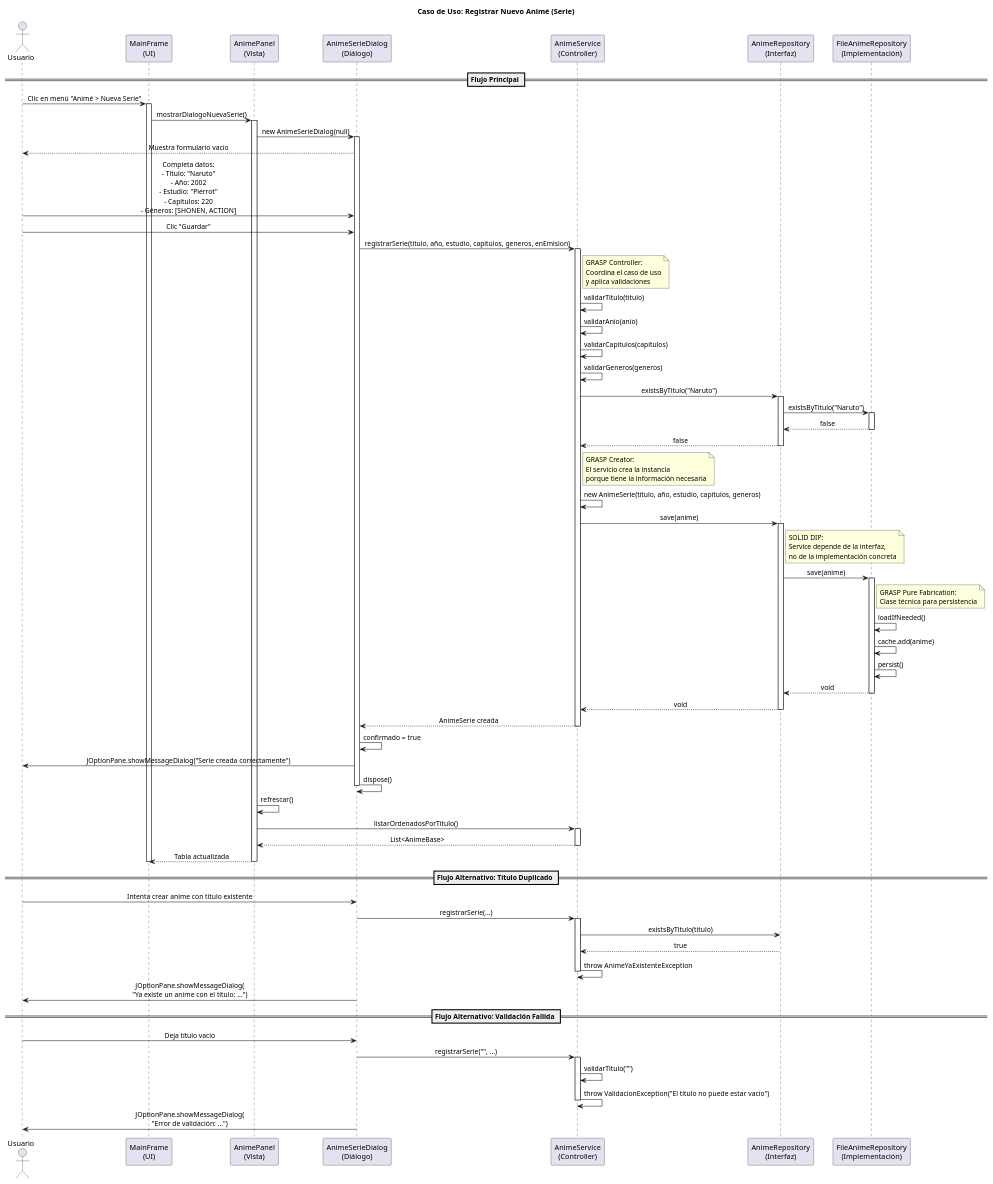
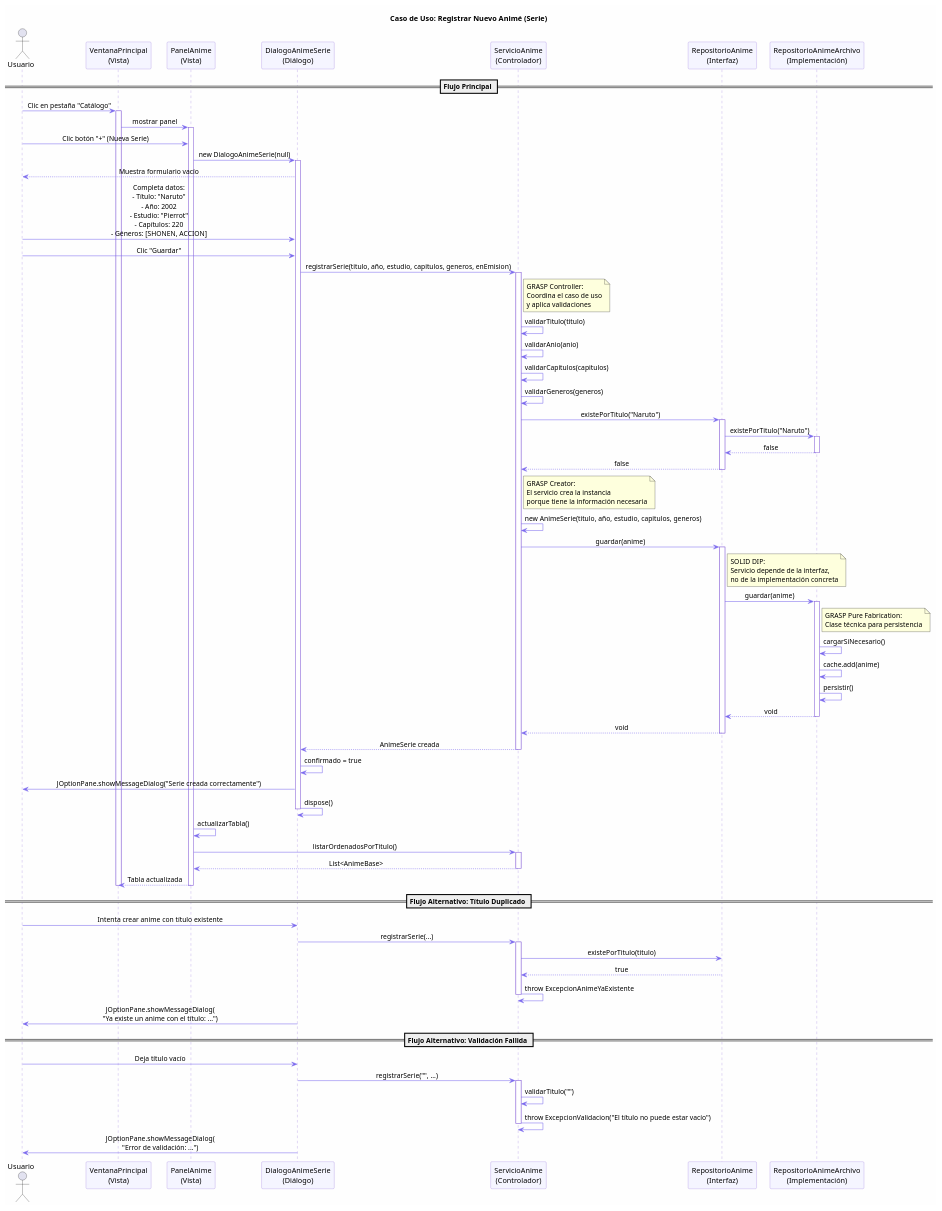
The first of 5 diagrams in docs/DIAGRAMAS_SECUENCIA.puml (tobiascriscuolo/clasificadorAnime), drawn with PlantUML before and after one commit. The commit also changed other lines of this file and 96 other files, not shown here.

First line of the commit message:
Refactoring completo a espaÃ±ol + iconos + selecciÃ³n mÃºltiple + diagramas UML

```diff
--- a/docs/DIAGRAMAS_SECUENCIA.puml
+++ b/docs/DIAGRAMAS_SECUENCIA.puml
@@ -1,129 +1,138 @@
 @startuml Registrar_Nuevo_Anime
 title Caso de Uso: Registrar Nuevo Animé (Serie)
 skinparam sequenceMessageAlign center
 skinparam responseMessageBelowArrow true
+skinparam backgroundColor #FEFEFE
+skinparam sequence {
+    ArrowColor #7B68EE
+    LifeLineBorderColor #9370DB
+    ParticipantBackgroundColor #F5F5FF
+    ParticipantBorderColor #9370DB
+}
 
 actor Usuario
-participant "MainFrame\n(UI)" as UI
-participant "AnimePanel\n(Vista)" as Panel
-participant "AnimeSerieDialog\n(Diálogo)" as Dialog
-participant "AnimeService\n(Controller)" as Service
-participant "AnimeRepository\n(Interfaz)" as RepoI
-participant "FileAnimeRepository\n(Implementación)" as Repo
+participant "VentanaPrincipal\n(Vista)" as UI
+participant "PanelAnime\n(Vista)" as Panel
+participant "DialogoAnimeSerie\n(Diálogo)" as Dialog
+participant "ServicioAnime\n(Controlador)" as Servicio
+participant "RepositorioAnime\n(Interfaz)" as RepoI
+participant "RepositorioAnimeArchivo\n(Implementación)" as Repo
 
 == Flujo Principal ==
 
-Usuario -> UI: Clic en menú "Animé > Nueva Serie"
+Usuario -> UI: Clic en pestaña "Catálogo"
 activate UI
 
-UI -> Panel: mostrarDialogoNuevaSerie()
+UI -> Panel: mostrar panel
 activate Panel
 
-Panel -> Dialog: new AnimeSerieDialog(null)
+Usuario -> Panel: Clic botón "+" (Nueva Serie)
+
+Panel -> Dialog: new DialogoAnimeSerie(null)
 activate Dialog
 
 Dialog --> Usuario: Muestra formulario vacío
 
-Usuario -> Dialog: Completa datos:\n- Título: "Naruto"\n- Año: 2002\n- Estudio: "Pierrot"\n- Capítulos: 220\n- Géneros: [SHONEN, ACTION]
+Usuario -> Dialog: Completa datos:\n- Título: "Naruto"\n- Año: 2002\n- Estudio: "Pierrot"\n- Capítulos: 220\n- Géneros: [SHONEN, ACCION]
 
 Usuario -> Dialog: Clic "Guardar"
 
-Dialog -> Service: registrarSerie(titulo, año, estudio, capitulos, generos, enEmision)
-activate Service
+Dialog -> Servicio: registrarSerie(titulo, año, estudio, capitulos, generos, enEmision)
+activate Servicio
 
-note right of Service
+note right of Servicio
   GRASP Controller:
   Coordina el caso de uso
   y aplica validaciones
 end note
 
-Service -> Service: validarTitulo(titulo)
-Service -> Service: validarAnio(anio)
-Service -> Service: validarCapitulos(capitulos)
-Service -> Service: validarGeneros(generos)
+Servicio -> Servicio: validarTitulo(titulo)
+Servicio -> Servicio: validarAnio(anio)
+Servicio -> Servicio: validarCapitulos(capitulos)
+Servicio -> Servicio: validarGeneros(generos)
 
-Service -> RepoI: existsByTitulo("Naruto")
+Servicio -> RepoI: existePorTitulo("Naruto")
 activate RepoI
-RepoI -> Repo: existsByTitulo("Naruto")
+RepoI -> Repo: existePorTitulo("Naruto")
 activate Repo
 Repo --> RepoI: false
 deactivate Repo
-RepoI --> Service: false
+RepoI --> Servicio: false
 deactivate RepoI
 
-note right of Service
+note right of Servicio
   GRASP Creator:
   El servicio crea la instancia
   porque tiene la información necesaria
 end note
 
-Service -> Service: new AnimeSerie(titulo, año, estudio, capitulos, generos)
+Servicio -> Servicio: new AnimeSerie(titulo, año, estudio, capitulos, generos)
 
-Service -> RepoI: save(anime)
+Servicio -> RepoI: guardar(anime)
 activate RepoI
 
 note right of RepoI
   SOLID DIP:
-  Service depende de la interfaz,
+  Servicio depende de la interfaz,
   no de la implementación concreta
 end note
 
-RepoI -> Repo: save(anime)
+RepoI -> Repo: guardar(anime)
 activate Repo
 
 note right of Repo
   GRASP Pure Fabrication:
   Clase técnica para persistencia
 end note
 
-Repo -> Repo: loadIfNeeded()
+Repo -> Repo: cargarSiNecesario()
 Repo -> Repo: cache.add(anime)
-Repo -> Repo: persist()
+Repo -> Repo: persistir()
 Repo --> RepoI: void
 deactivate Repo
-RepoI --> Service: void
+RepoI --> Servicio: void
 deactivate RepoI
 
-Service --> Dialog: AnimeSerie creada
-deactivate Service
+Servicio --> Dialog: AnimeSerie creada
+deactivate Servicio
 
 Dialog -> Dialog: confirmado = true
 
 Dialog -> Usuario: JOptionPane.showMessageDialog("Serie creada correctamente")
 
 Dialog -> Dialog: dispose()
 deactivate Dialog
 
-Panel -> Panel: refrescar()
-Panel -> Service: listarOrdenadosPorTitulo()
-activate Service
-Service --> Panel: List<AnimeBase>
-deactivate Service
+Panel -> Panel: actualizarTabla()
+Panel -> Servicio: listarOrdenadosPorTitulo()
+activate Servicio
+Servicio --> Panel: List<AnimeBase>
+deactivate Servicio
 
 Panel --> UI: Tabla actualizada
 deactivate Panel
 
 deactivate UI
 
 == Flujo Alternativo: Título Duplicado ==
 
 Usuario -> Dialog: Intenta crear anime con título existente
-Dialog -> Service: registrarSerie(...)
-activate Service
-Service -> RepoI: existsByTitulo(titulo)
-RepoI --> Service: true
-Service -> Service: throw AnimeYaExistenteException
-deactivate Service
+Dialog -> Servicio: registrarSerie(...)
+activate Servicio
+Servicio -> RepoI: existePorTitulo(titulo)
+RepoI --> Servicio: true
+Servicio -> Servicio: throw ExcepcionAnimeYaExistente
+deactivate Servicio
 Dialog -> Usuario: JOptionPane.showMessageDialog(\n"Ya existe un anime con el título: ...")
 
 == Flujo Alternativo: Validación Fallida ==
 
 Usuario -> Dialog: Deja título vacío
-Dialog -> Service: registrarSerie("", ...)
-activate Service
-Service -> Service: validarTitulo("")
-Service -> Service: throw ValidacionException("El título no puede estar vacío")
-deactivate Service
+Dialog -> Servicio: registrarSerie("", ...)
+activate Servicio
+Servicio -> Servicio: validarTitulo("")
+Servicio -> Servicio: throw ExcepcionValidacion("El título no puede estar vacío")
+deactivate Servicio
 Dialog -> Usuario: JOptionPane.showMessageDialog(\n"Error de validación: ...")
 
 @enduml
```
